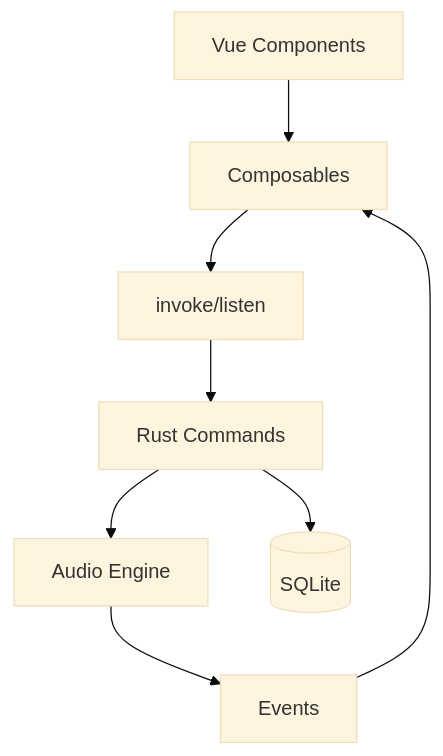
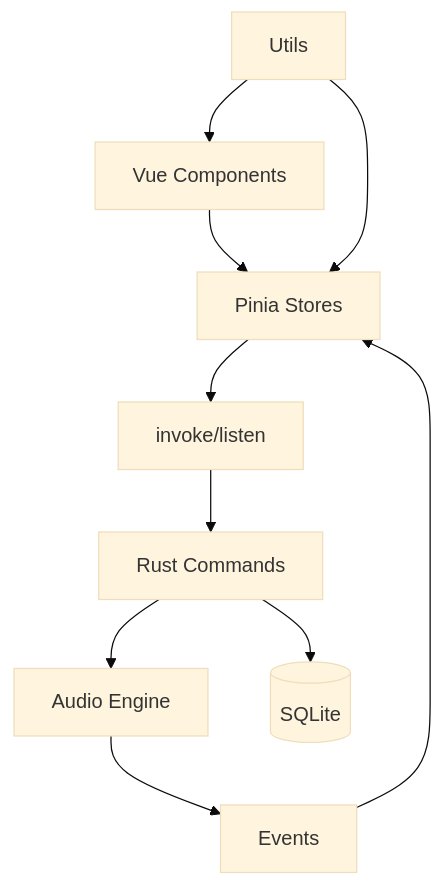
The diagram in .wiki/architecture.md (shawicx/scx-music), drawn with Mermaid (base theme) before and after one commit. The commit also changed other lines of this file and 25 other files, not shown here.

````diff
--- a/.wiki/architecture.md
+++ b/.wiki/architecture.md
@@ -36,10 +37,12 @@
 ```mermaid
 graph TB
-    UI[Vue Components] --> COMPS[Composables]
-    COMPS --> IPC[invoke/listen]
+    UI[Vue Components] --> STORES[Pinia Stores]
+    STORES --> IPC[invoke/listen]
     IPC --> CMDS[Rust Commands]
     CMDS --> AUDIO[Audio Engine]
     CMDS --> DB[(SQLite)]
     AUDIO --> EVENTS[Events]
-    EVENTS --> COMPS
+    EVENTS --> STORES
+    UTILS[Utils] --> STORES
+    UTILS --> UI
 ```
````
